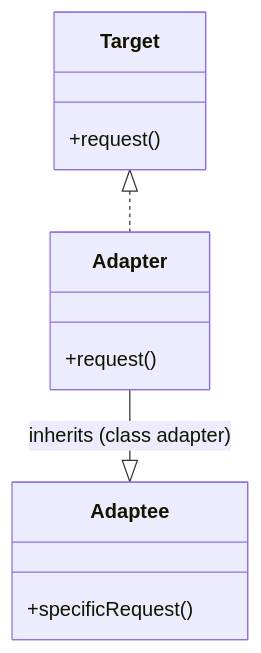
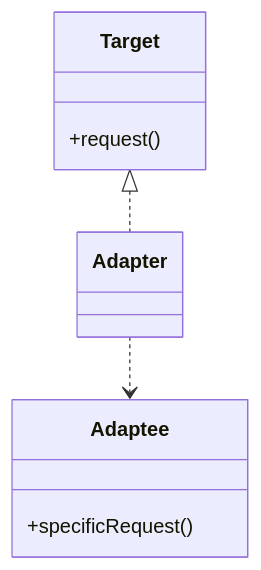
Before and after one commit to apdaza/gof-patterns-in-pygame: the sixth of 23 diagrams in README.md, drawn with Mermaid. The commit also changed other lines of this file, not shown here.

````diff
--- a/README.md
+++ b/README.md
@@ -122,15 +251,8 @@
 ```mermaid
 classDiagram
-    direction TD
-    class Target {
-      +request()
-    }
-    class Adapter {
-      +request()
-    }
-    class Adaptee {
-      +specificRequest()
-    }
-    Target <|.. Adapter
-    Adapter --|> Adaptee : inherits (class adapter)
+class Target{+request()}
+class Adapter
+class Adaptee{+specificRequest()}
+Target <|.. Adapter
+Adapter ..> Adaptee
 ```
````
